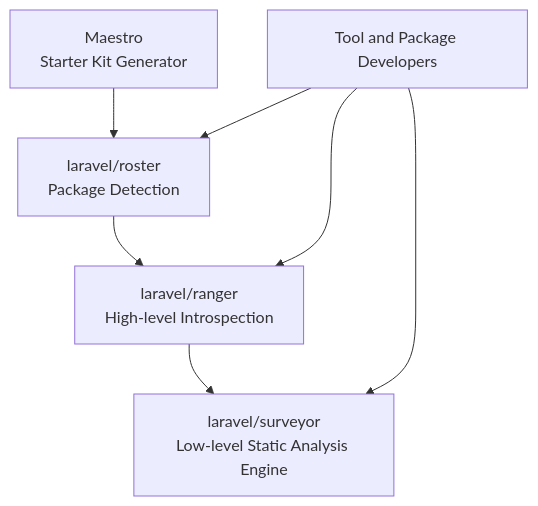
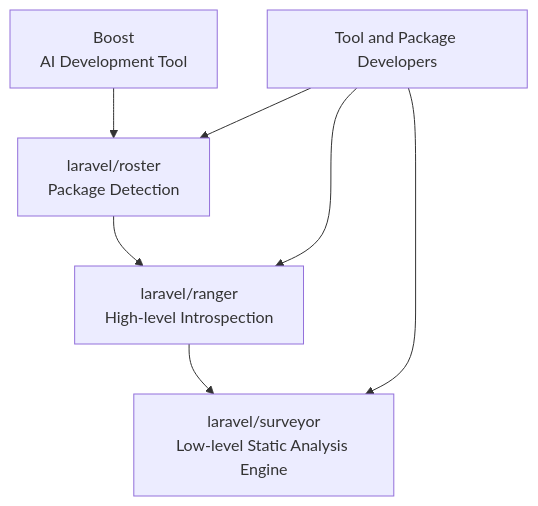
Before and after one commit to kawax/mintlify-docs: the first of 3 diagrams in en/blog/laravel-ecosystem-analysis.mdx, drawn with Mermaid. The commit also changed other lines of this file and 1 other file, not shown here.

````diff
--- a/en/blog/laravel-ecosystem-analysis.mdx
+++ b/en/blog/laravel-ecosystem-analysis.mdx
@@ -18,9 +18,9 @@
 ```mermaid
 graph TD
     A["laravel/roster<br>Package Detection"] --> B["laravel/ranger<br>High-level Introspection"]
     B --> C["laravel/surveyor<br>Low-level Static Analysis Engine"]
-    D["Maestro<br>Starter Kit Generator"] --> A
+    D["Boost<br>AI Development Tool"] --> A
     E["Tool and Package Developers"] --> A
     E --> B
     E --> C
 ```
````
